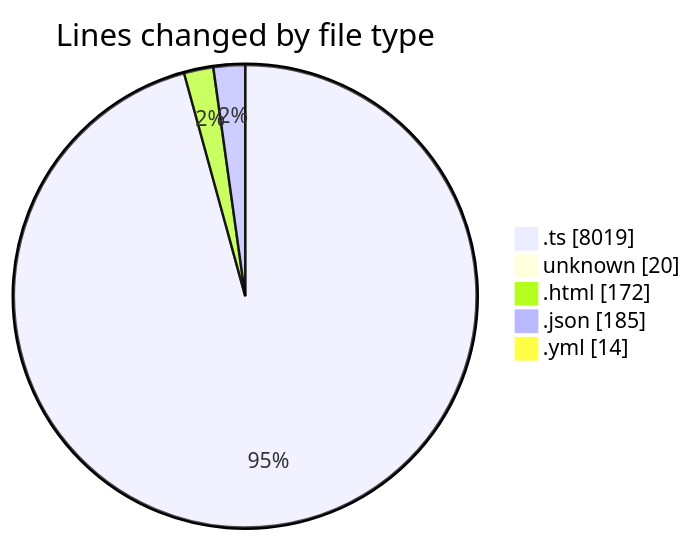
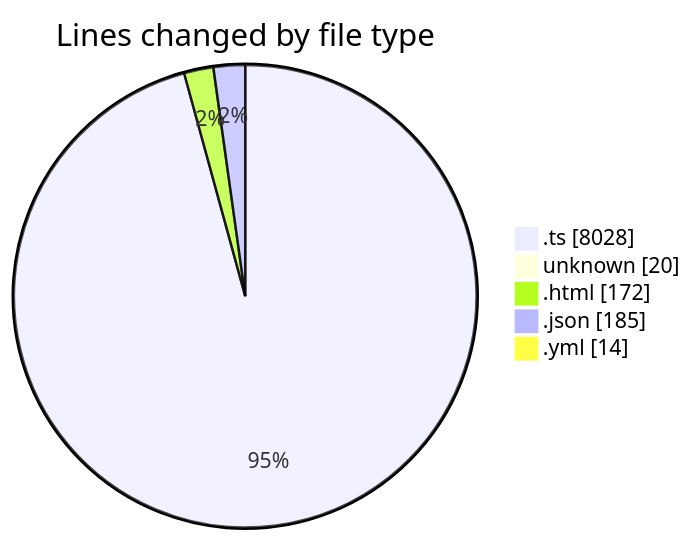
The first of 2 diagrams in 2026-02-06/singularitybrainai/README.md (tmsrecording-cyber/code-tracking), drawn with Mermaid before and after one commit. The commit also changed other lines of this file and 1 other file, not shown here.

````diff
--- a/2026-02-06/singularitybrainai/README.md
+++ b/2026-02-06/singularitybrainai/README.md
@@ -41,9 +41,9 @@
 ```mermaid
 pie showData
 title Lines changed by file type
-".ts" : 8019
+".ts" : 8028
 "unknown" : 20
 ".html" : 172
 ".json" : 185
 ".yml" : 14
 ```
````
